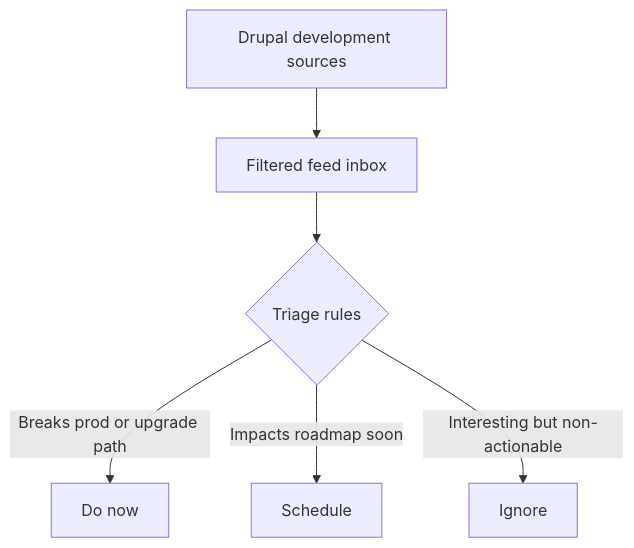
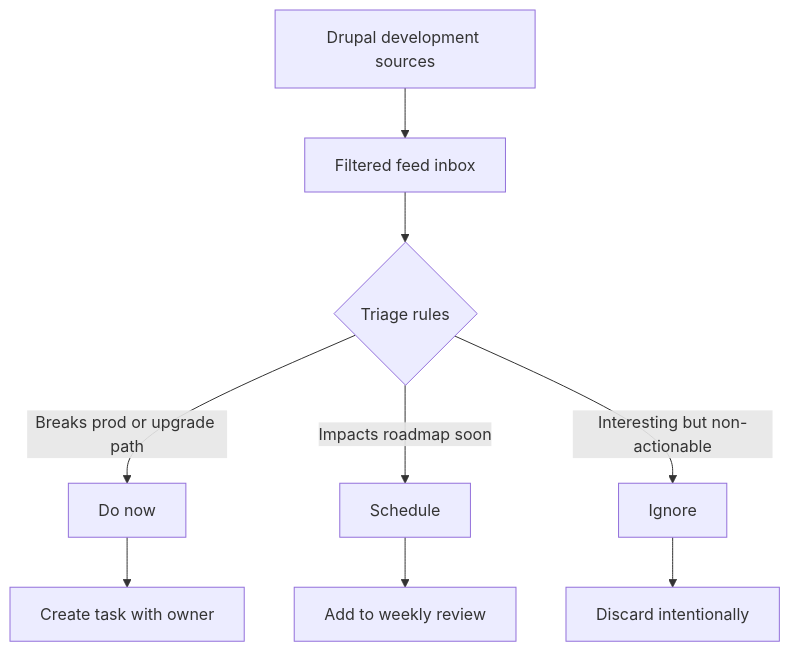
Before and after one commit to victorstack-ai/agent-blog: the diagram in blog/2026-02-24-drupal-development-signal-feed-blueprint.md, drawn with Mermaid. The commit also changed other lines of this file and 117 other files, not shown here.

````diff
--- a/blog/2026-02-24-drupal-development-signal-feed-blueprint.md
+++ b/blog/2026-02-24-drupal-development-signal-feed-blueprint.md
@@ -26,8 +41,11 @@
 ```mermaid
 flowchart TD
   A[Drupal development sources] --> B[Filtered feed inbox]
   B --> C{Triage rules}
   C -->|Breaks prod or upgrade path| D[Do now]
   C -->|Impacts roadmap soon| E[Schedule]
   C -->|Interesting but non-actionable| F[Ignore]
+  D --> G[Create task with owner]
+  E --> H[Add to weekly review]
+  F --> I[Discard intentionally]
 ```
````
